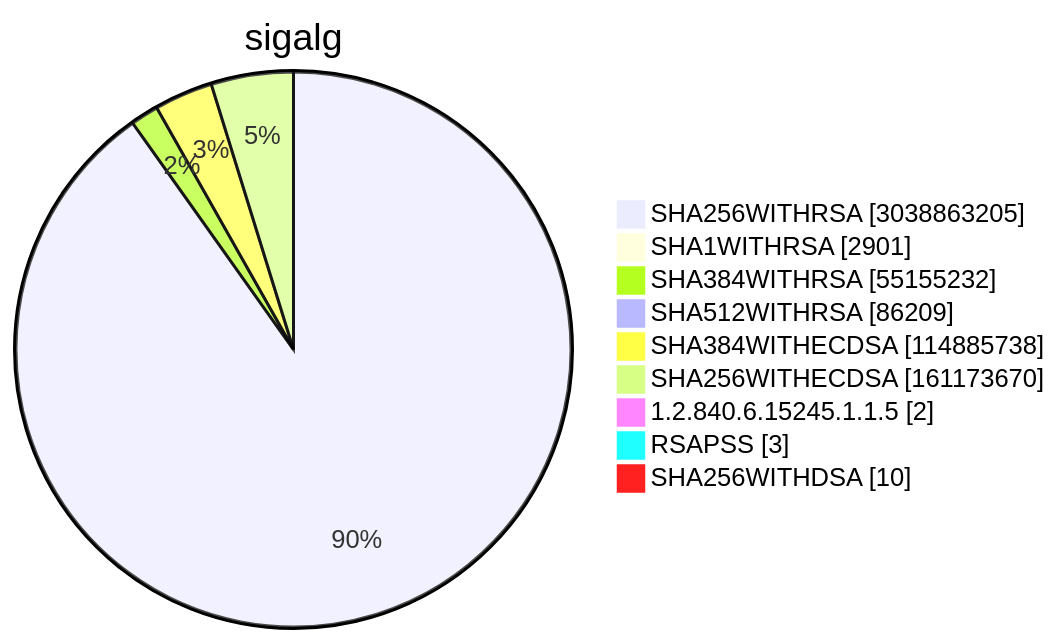
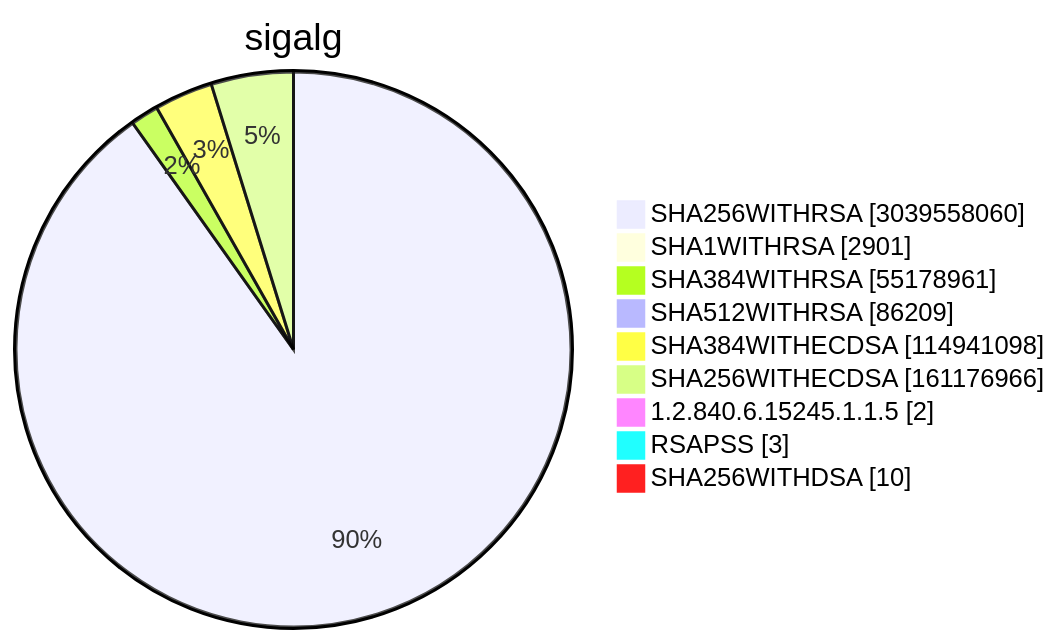
Before and after one commit to christiankrug/ctmonitor_visualization: diagram 15 of 15 in TOTAL/README.md, drawn with Mermaid. The commit also changed other lines of this file, not shown here.

````diff
--- a/TOTAL/README.md
+++ b/TOTAL/README.md
@@ -6208,13 +6208,13 @@
 ```mermaid
 pie showData
 title sigalg
-"SHA256WITHRSA" :3038863205
+"SHA256WITHRSA" :3039558060
 "SHA1WITHRSA" :2901
-"SHA384WITHRSA" :55155232
+"SHA384WITHRSA" :55178961
 "SHA512WITHRSA" :86209
-"SHA384WITHECDSA" :114885738
-"SHA256WITHECDSA" :161173670
+"SHA384WITHECDSA" :114941098
+"SHA256WITHECDSA" :161176966
 "1.2.840.6.15245.1.1.5" :2
 "RSAPSS" :3
 "SHA256WITHDSA" :10
 ```
````
